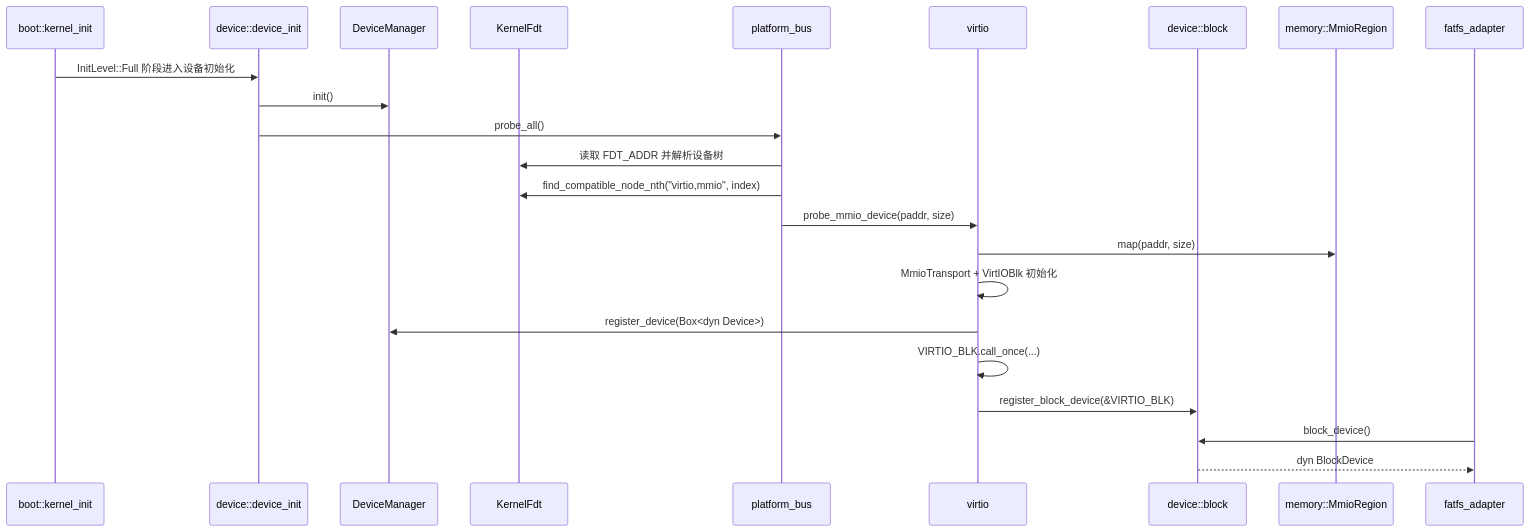
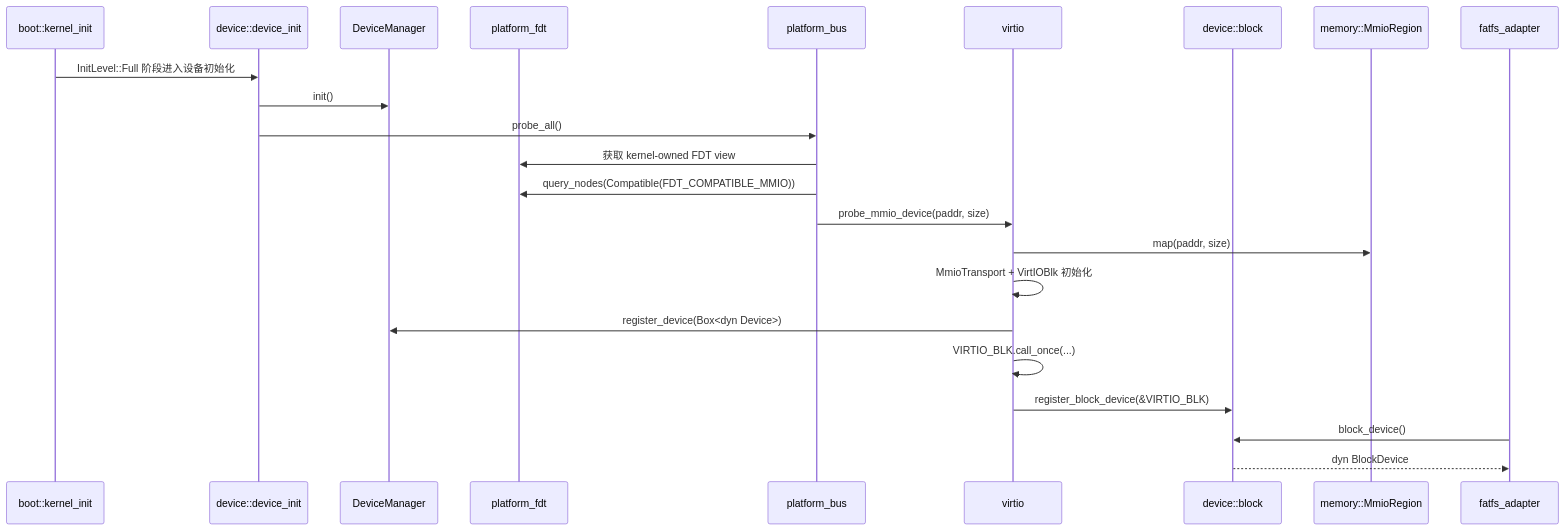
The diagram in docs/design/device-subsystem-current.md (MRNIU/SimpleKernel), drawn with Mermaid before and after one commit. The commit also changed other lines of this file and 55 other files, not shown here.

First line of the commit message:
refactor(platform): split platform FDT and arch primitives

````diff
--- a/docs/design/device-subsystem-current.md
+++ b/docs/design/device-subsystem-current.md
@@ -31,26 +31,26 @@
 ```mermaid
 sequenceDiagram
   participant Boot as boot::kernel_init
   participant Device as device::device_init
   participant Manager as DeviceManager
-  participant Fdt as KernelFdt
+  participant Fdt as platform_fdt
   participant Bus as platform_bus
   participant Virtio as virtio
   participant Block as device::block
   participant Memory as memory::MmioRegion
   participant Fs as fatfs_adapter
 
   Boot->>Device: InitLevel::Full 阶段进入设备初始化
   Device->>Manager: init()
   Device->>Bus: probe_all()
-  Bus->>Fdt: 读取 FDT_ADDR 并解析设备树
-  Bus->>Fdt: find_compatible_node_nth("virtio,mmio", index)
+  Bus->>Fdt: 获取 kernel-owned FDT view
+  Bus->>Fdt: query_nodes(Compatible(FDT_COMPATIBLE_MMIO))
   Bus->>Virtio: probe_mmio_device(paddr, size)
   Virtio->>Memory: map(paddr, size)
   Virtio->>Virtio: MmioTransport + VirtIOBlk 初始化
   Virtio->>Manager: register_device(Box<dyn Device>)
   Virtio->>Virtio: VIRTIO_BLK.call_once(...)
   Virtio->>Block: register_block_device(&VIRTIO_BLK)
   Fs->>Block: block_device()
   Block-->>Fs: dyn BlockDevice
 ```
````
